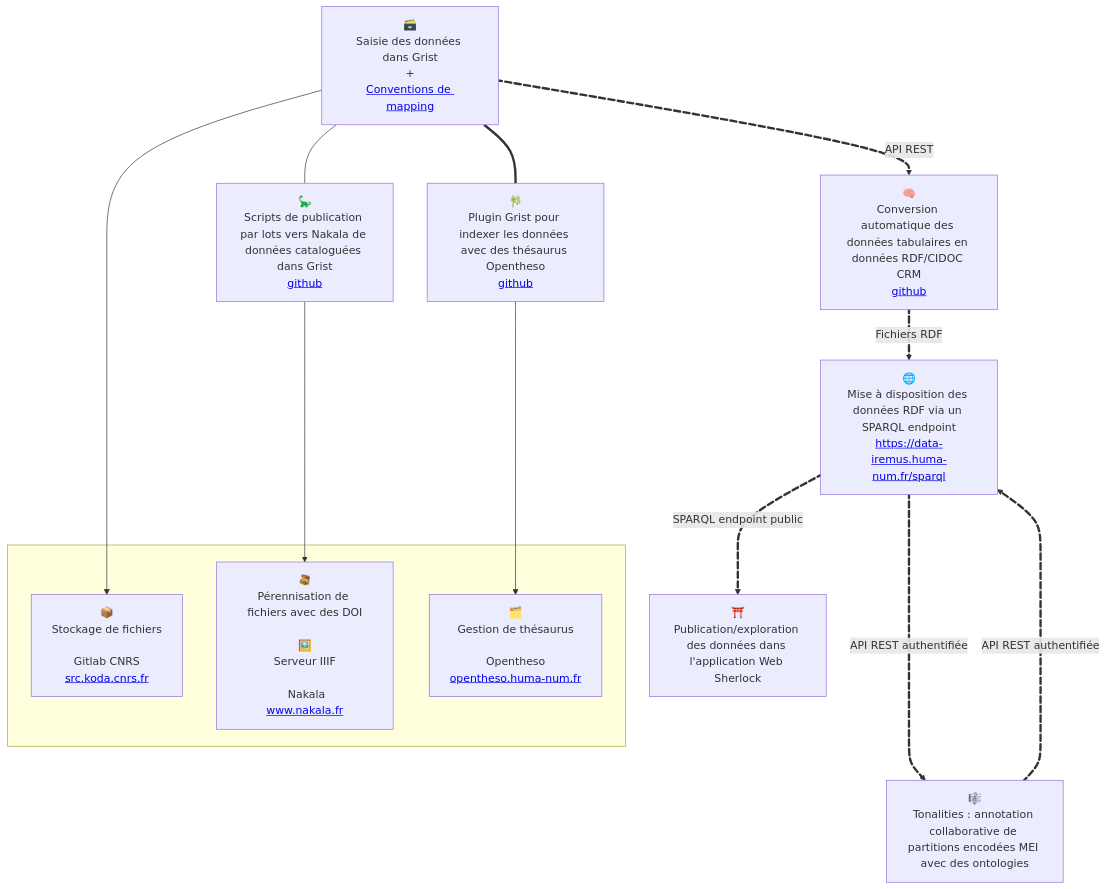
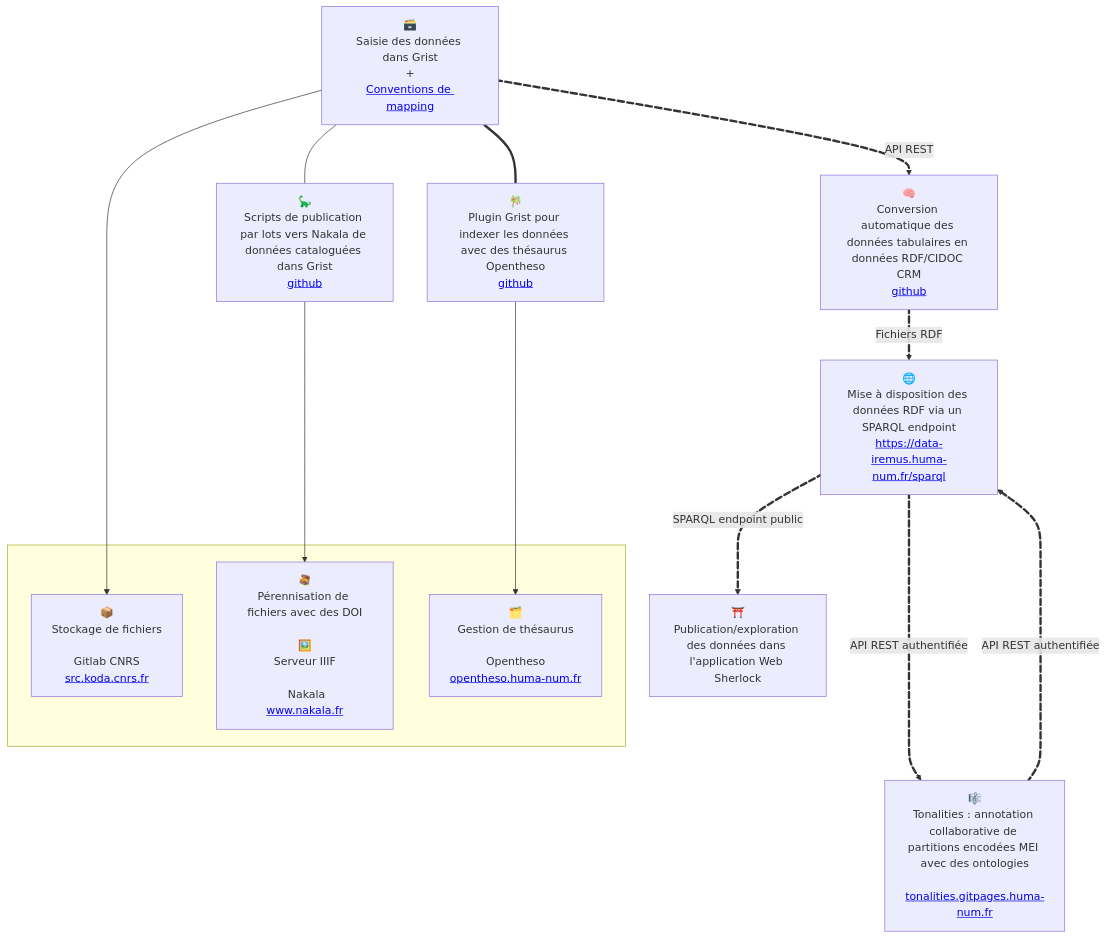
One commit to sherlock-iremus/sherlock changed the diagram in README.md. Above: the diagram before and after it, drawn with Mermaid. The commit also changed other lines of this file, not shown here.

````diff
--- a/README.md
+++ b/README.md
@@ -58,34 +75,34 @@
 ```mermaid
     flowchart TB
     
     subgraph  
     koda[📦<br>Stockage de fichiers<br><br>Gitlab CNRS<br><a href="https://src.koda.cnrs.fr/">src.koda.cnrs.fr</a>]
     nakala[🪎<br>Pérennisation de fichiers avec des DOI<br><br>🖼️<br>Serveur IIIF<br><br> Nakala<br><a href="https://www.nakala.fr/">www.nakala.fr</a>]
     hnot[🗂️<br>Gestion de thésaurus<br><br>Opentheso<br><a href="https://opentheso.huma-num.fr/">opentheso.huma-num.fr</a>]
     end
     
     grist[🗃️<br>Saisie des données dans Grist<br>+<br><a href="https://github.com/sherlock-iremus/sherlock-grist-to-crm/blob/main/doc/mapping.md">Conventions de mapping</a>]
     sdnakala[🦕<br>Scripts de publication par lots vers Nakala de données cataloguées dans Grist<br><a href="https://github.com/sherlock-iremus/sherlock-deno">github</a>]
     gop[🎋<br>Plugin Grist pour indexer les données avec des thésaurus Opentheso<br><a href="https://github.com/sherlock-iremus/sherlock-grist-opentheso-plugin">github</a>]
     scripts[🧠<br>Conversion automatique des données tabulaires en données RDF/CIDOC CRM<br><a href="https://github.com/sherlock-iremus/sherlock-grist-to-crm">github</a>]
     sparql[🌐<br>Mise à disposition des données RDF via un SPARQL endpoint<br><a href="https://data-iremus.huma-num.fr/sparql">https://data-iremus.huma-num.fr/sparql</a>]
     sherlock[⛩️<br>Publication/exploration des données dans l'application Web Sherlock]
-    tonalities[🎼<br>Tonalities : annotation collaborative de partitions encodées MEI avec des ontologies]
+    tonalities[🎼<br>Tonalities : annotation collaborative de partitions encodées MEI avec des ontologies<br><br><a href="https://tonalities.gitpages.huma-num.fr/start/">tonalities.gitpages.huma-num.fr</a>]
 
     grist e1@==>|API REST| scripts
     scripts e2@==>|Fichiers RDF| sparql
     sparql e3@==>|SPARQL endpoint public| sherlock
     sparql e4@===>|API REST authentifiée| tonalities 
     tonalities e5@===>|API REST authentifiée| sparql
 
 
     e1@{ animate: true }
     e2@{ animate: true }
     e3@{ animate: true }
     e4@{ animate: true }
     e5@{ animate: true }
     
     grist ---> koda
     grist === gop ---> hnot
     grist --- sdnakala ---> nakala
 ```
````
